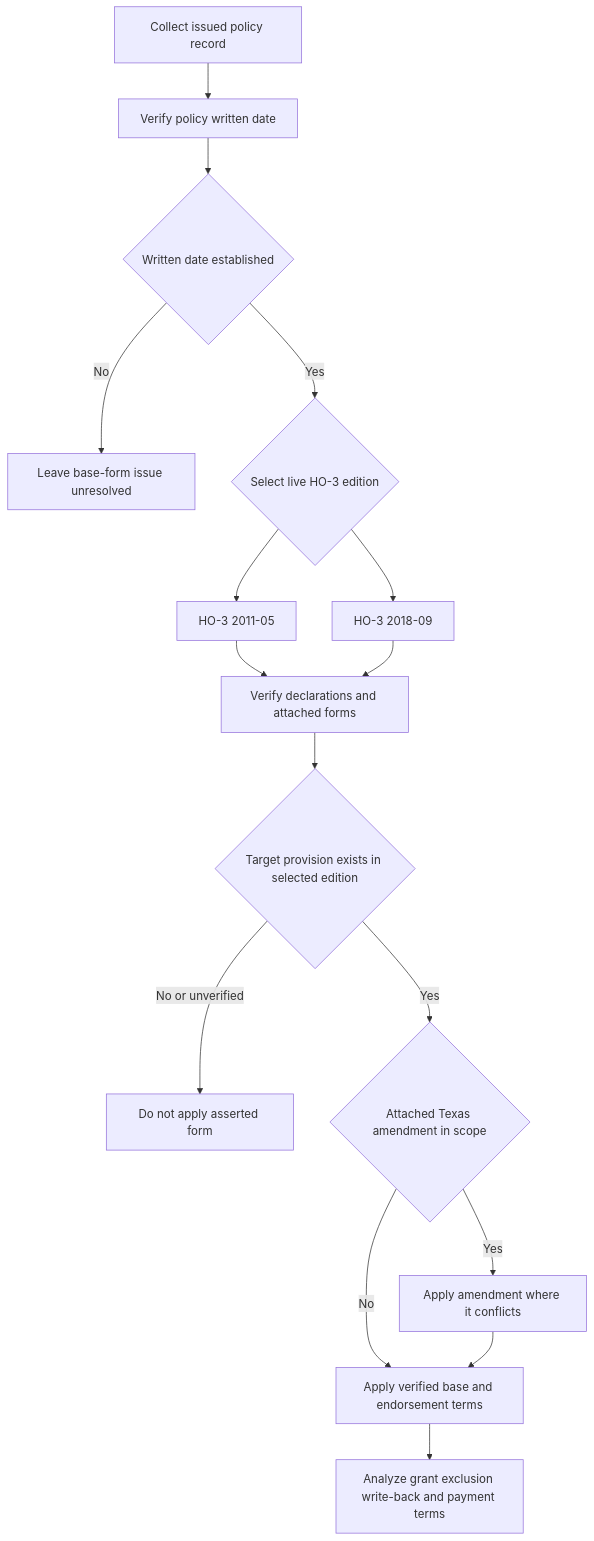
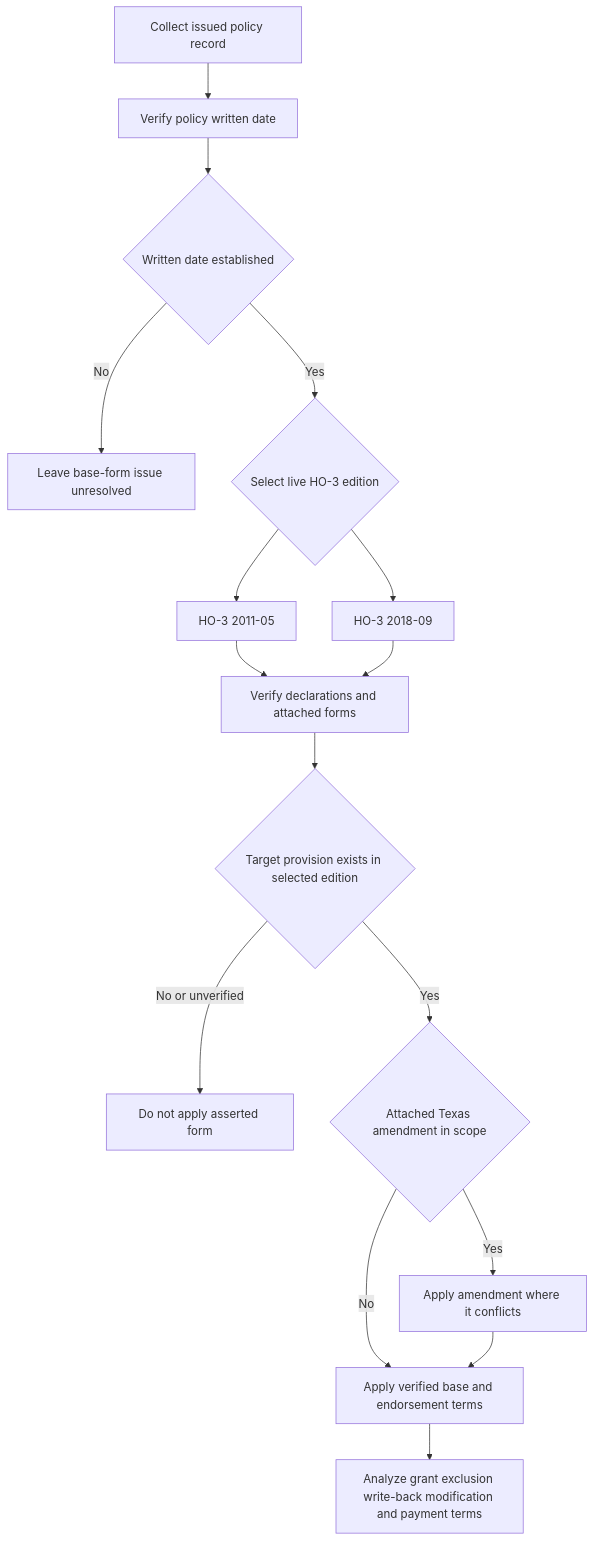
The diagram in openwiki/coverage/policy-editions-and-governing-forms.md (eugeneliu-86/openwiki-insurance-corpus), drawn with Mermaid before and after one commit. The commit also changed other lines of this file and 8 other files, not shown here.

````diff
--- a/openwiki/coverage/policy-editions-and-governing-forms.md
+++ b/openwiki/coverage/policy-editions-and-governing-forms.md
@@ -75,18 +77,18 @@
 ```mermaid
 flowchart TD
     Record["Collect issued policy record"] --> Written["Verify policy written date"]
     Written --> Known{"Written date established"}
     Known -- "No" --> Hold["Leave base-form issue unresolved"]
     Known -- "Yes" --> Edition{"Select live HO-3 edition"}
     Edition --> Old["HO-3 2011-05"]
     Edition --> New["HO-3 2018-09"]
     Old --> Attach["Verify declarations and attached forms"]
     New --> Attach
     Attach --> Match{"Target provision exists in selected edition"}
     Match -- "No or unverified" --> Exclude["Do not apply asserted form"]
     Match -- "Yes" --> Texas{"Attached Texas amendment in scope"}
     Texas -- "No" --> Terms["Apply verified base and endorsement terms"]
     Texas -- "Yes" --> Conflict["Apply amendment where it conflicts"]
     Conflict --> Terms
-    Terms --> Analysis["Analyze grant exclusion write-back and payment terms"]
+    Terms --> Analysis["Analyze grant exclusion write-back modification and payment terms"]
 ```
````
